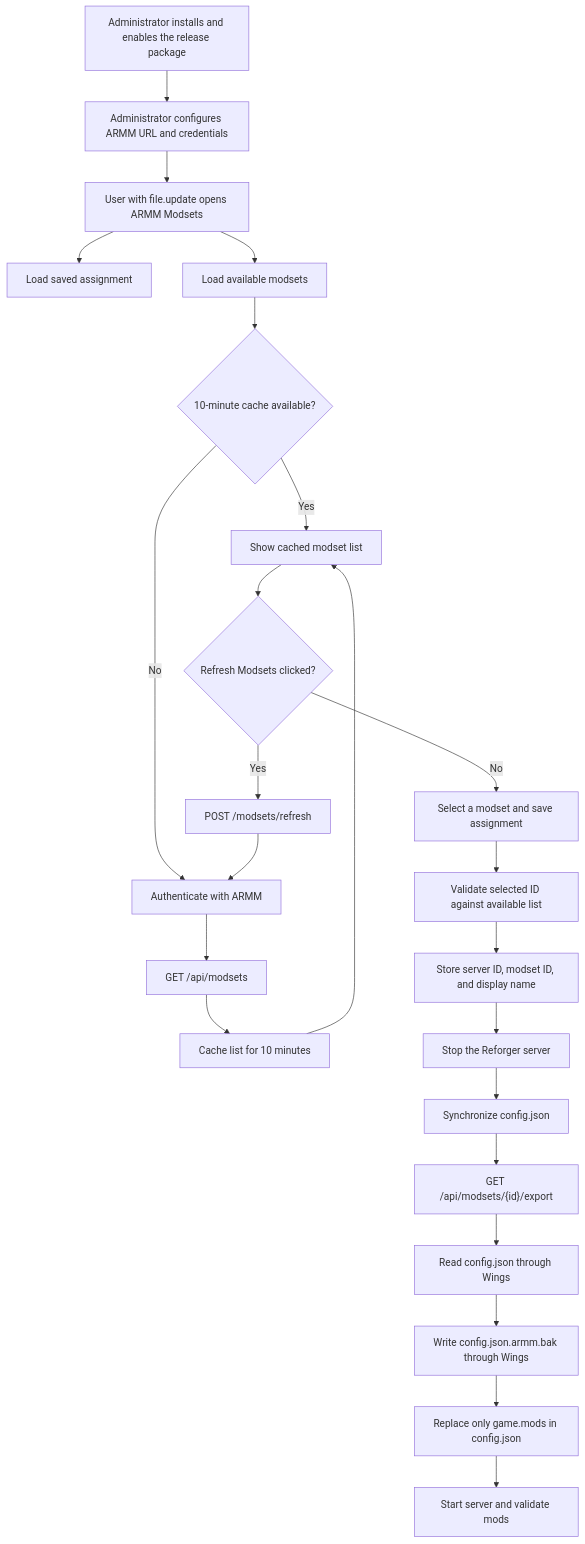
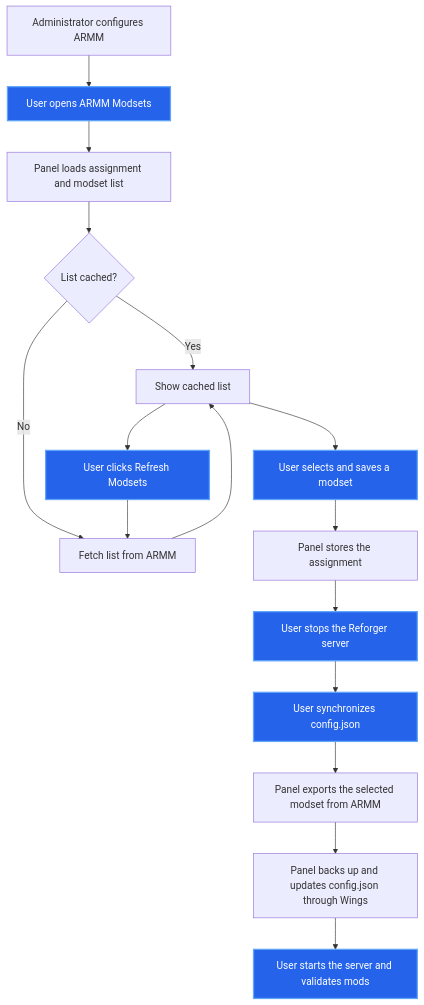
One commit to morok101st/Arma-Reforger-Mod-Manager-Pterotactyl-Extension changed the diagram in README.md. Above: the diagram before and after it, drawn with Mermaid. The commit also changed other lines of this file, not shown here.

Commit message:
Simplify workflow diagram

````diff
--- a/README.md
+++ b/README.md
@@ -29,26 +29,21 @@
 ```mermaid
 flowchart TD
-    A[Administrator installs and enables the release package] --> B[Administrator configures ARMM URL and credentials]
-    B --> C[User with file.update opens ARMM Modsets]
-    C --> D[Load saved assignment]
-    C --> E[Load available modsets]
-    E --> F{10-minute cache available?}
-    F -- Yes --> G[Show cached modset list]
-    F -- No --> H[Authenticate with ARMM]
-    H --> I[GET /api/modsets]
-    I --> J[Cache list for 10 minutes]
-    J --> G
-    G --> K{Refresh Modsets clicked?}
-    K -- Yes --> L[POST /modsets/refresh]
-    L --> H
-    K -- No --> M[Select a modset and save assignment]
-    M --> N[Validate selected ID against available list]
-    N --> O[Store server ID, modset ID, and display name]
-    O --> P[Stop the Reforger server]
-    P --> Q[Synchronize config.json]
-    Q --> R["GET /api/modsets/{id}/export"]
-    R --> S[Read config.json through Wings]
-    S --> T[Write config.json.armm.bak through Wings]
-    T --> U[Replace only game.mods in config.json]
-    U --> V[Start server and validate mods]
+    A[Administrator configures ARMM] --> B[User opens ARMM Modsets]
+    B --> C[Panel loads assignment and modset list]
+    C --> D{List cached?}
+    D -- Yes --> E[Show cached list]
+    D -- No --> F[Fetch list from ARMM]
+    F --> E
+    E --> G[User selects and saves a modset]
+    G --> H[Panel stores the assignment]
+    E --> I[User clicks Refresh Modsets]
+    I --> F
+    H --> J[User stops the Reforger server]
+    J --> K[User synchronizes config.json]
+    K --> L[Panel exports the selected modset from ARMM]
+    L --> M[Panel backs up and updates config.json through Wings]
+    M --> N[User starts the server and validates mods]
+
+    classDef userAction fill:#2563eb,color:#ffffff,stroke:#60a5fa,stroke-width:2px;
+    class B,G,I,J,K,N userAction;
 ```
````
